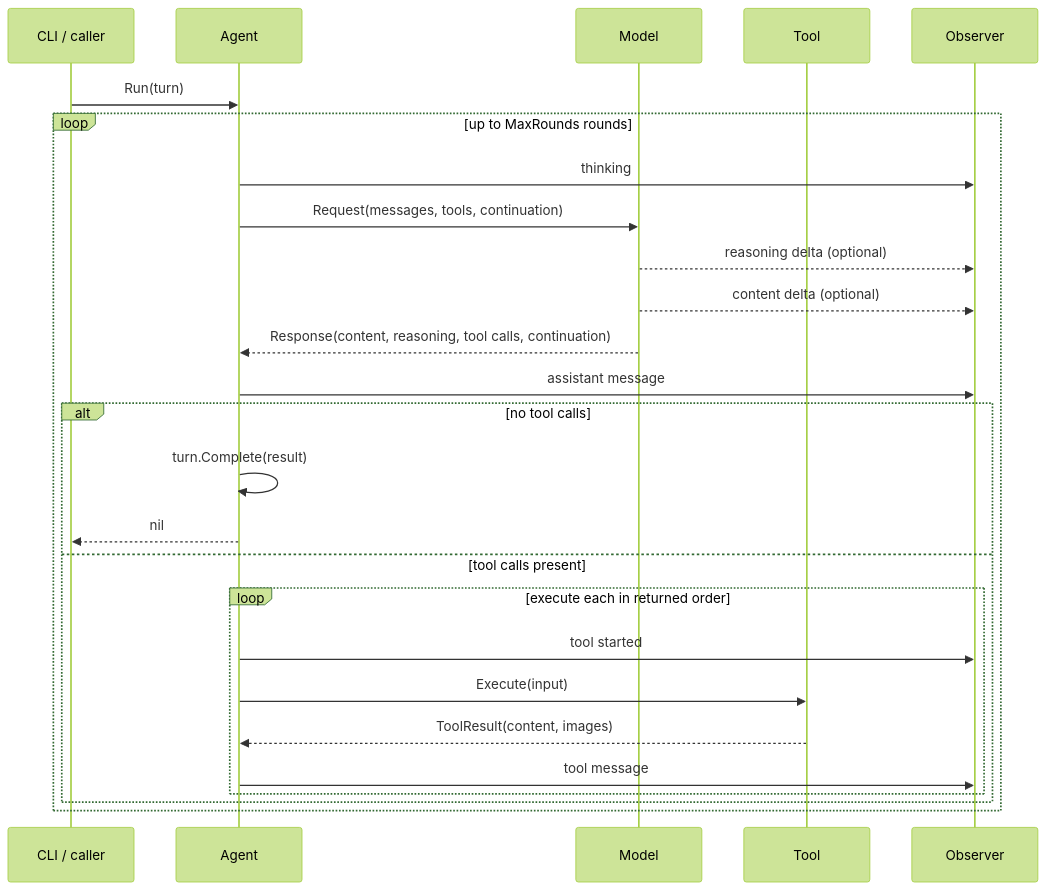
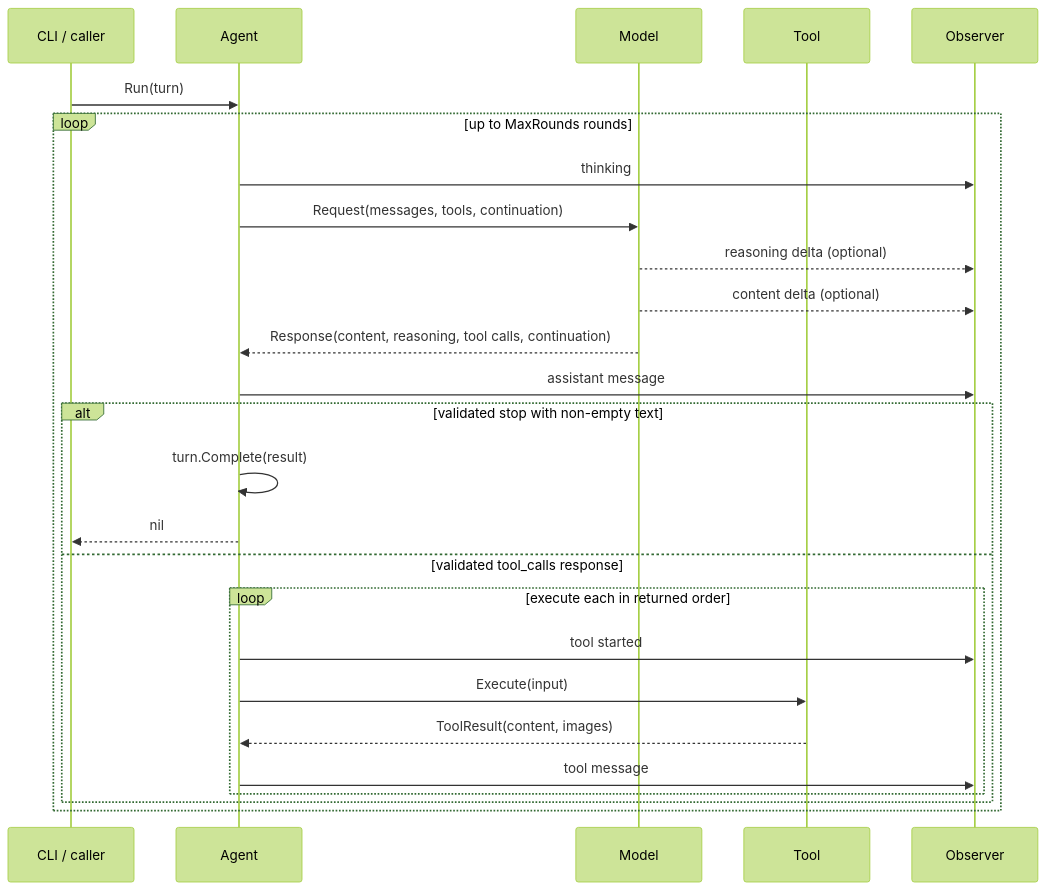
The second of 2 diagrams in docs/architecture.md (lgxz/dora), drawn with Mermaid (forest theme) before and after one commit. The commit also changed other lines of this file and 30 other files, not shown here.

````diff
--- a/docs/architecture.md
+++ b/docs/architecture.md
@@ -190,29 +194,29 @@
 ```mermaid
 sequenceDiagram
     participant C as CLI / caller
     participant A as Agent
     participant M as Model
     participant T as Tool
     participant O as Observer
 
     C->>A: Run(turn)
     loop up to MaxRounds rounds
         A->>O: thinking
         A->>M: Request(messages, tools, continuation)
         M-->>O: reasoning delta (optional)
         M-->>O: content delta (optional)
         M-->>A: Response(content, reasoning, tool calls, continuation)
         A->>O: assistant message
-        alt no tool calls
+        alt validated stop with non-empty text
             A->>A: turn.Complete(result)
             A-->>C: nil
-        else tool calls present
+        else validated tool_calls response
             loop execute each in returned order
                 A->>O: tool started
                 A->>T: Execute(input)
                 T-->>A: ToolResult(content, images)
                 A->>O: tool message
             end
         end
     end
 ```
````
